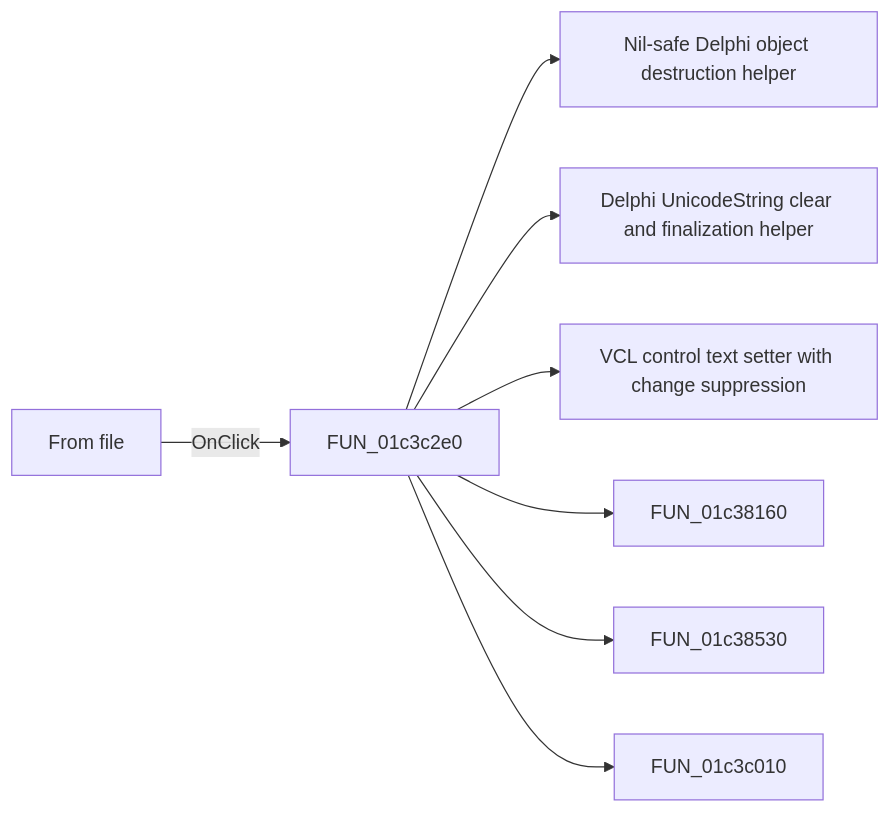
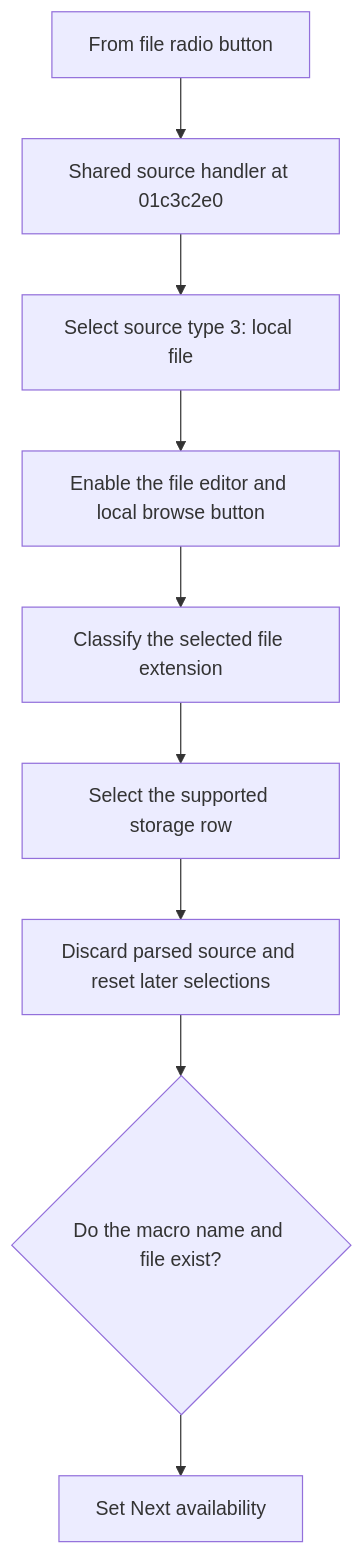
One commit to MovGP0/TIARA changed the diagram in docs/ui-controls/fmacrowiz/rbfromfile-4651b89674.md. Above: the diagram before and after it, drawn with Mermaid. The commit also changed other lines of this file and 387 other files, not shown here.

````diff
--- a/docs/ui-controls/fmacrowiz/rbfromfile-4651b89674.md
+++ b/docs/ui-controls/fmacrowiz/rbfromfile-4651b89674.md
@@ -27,10 +20,11 @@
 ```mermaid
-flowchart LR
-    control["From file"] -->|OnClick| handler["FUN_01c3c2e0"]
-    handler --> call1["Nil-safe Delphi object destruction helper"]
-    handler --> call2["Delphi UnicodeString clear and finalization helper"]
-    handler --> call3["VCL control text setter with change suppression"]
-    handler --> call4["FUN_01c38160"]
-    handler --> call5["FUN_01c38530"]
-    handler --> call6["FUN_01c3c010"]
+flowchart TD
+    control["From file radio button"] --> handler["Shared source handler at 01c3c2e0"]
+    handler --> mode["Select source type 3: local file"]
+    mode --> inputs["Enable the file editor and local browse button"]
+    inputs --> extension["Classify the selected file extension"]
+    extension --> storage["Select the supported storage row"]
+    storage --> reset["Discard parsed source and reset later selections"]
+    reset --> valid{"Do the macro name and file exist?"}
+    valid --> navigation["Set Next availability"]
 ```
````
